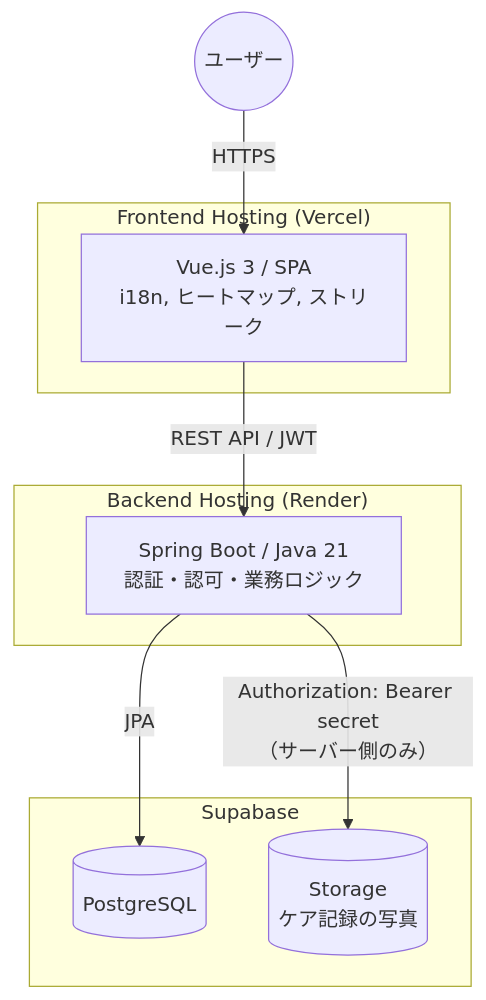
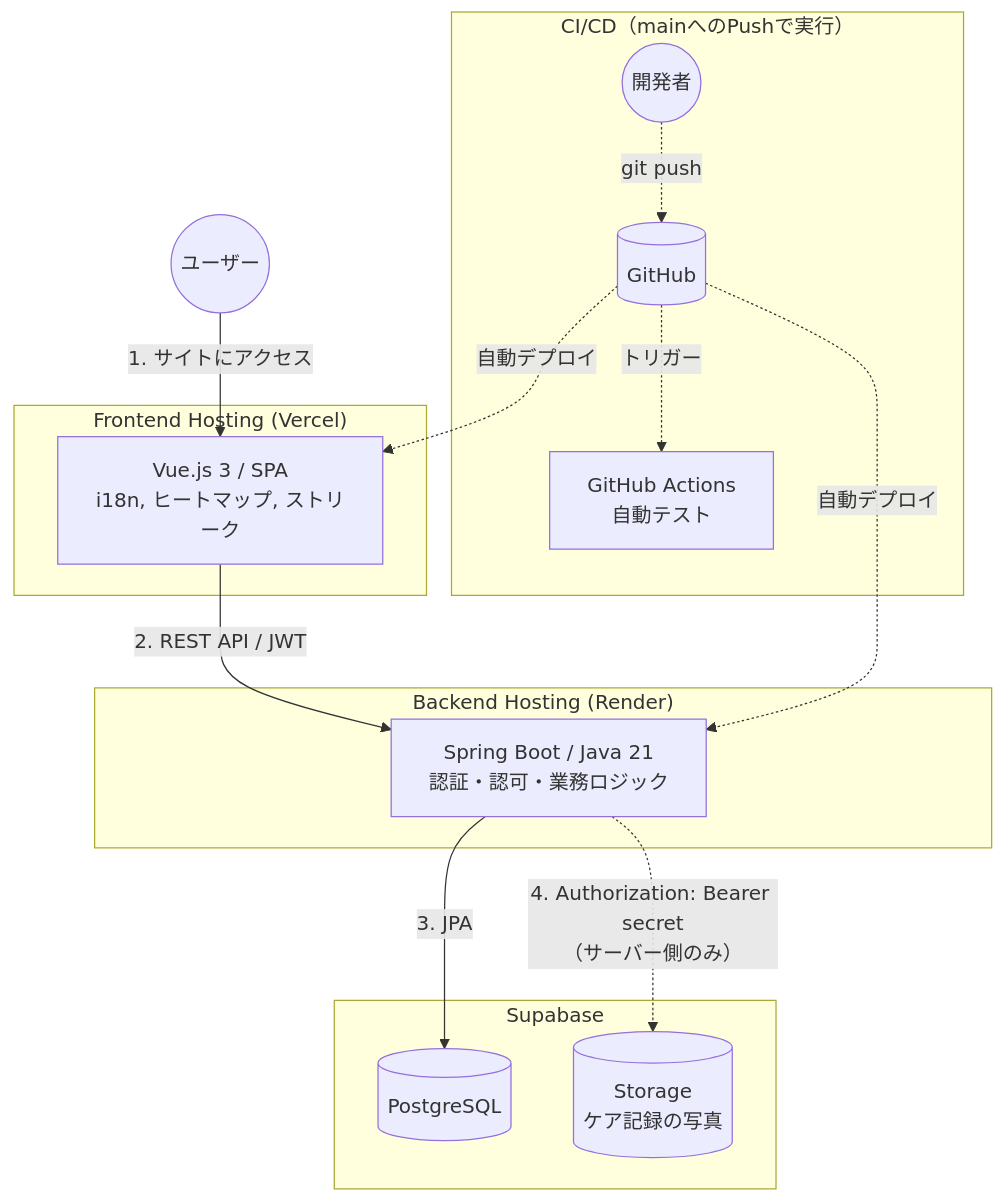
Before and after one commit to haku3782/garden-app: the diagram in README.ja.md, drawn with Mermaid. The commit also changed other lines of this file and 1 other file, not shown here.

Commit message:
READMEの実態不一致を修正し、システムアーキテクチャ図をdart-simと統一
Spring Bootのバージョン表記を3→4に修正（pom.xmlの実際値と一致）
ランタイムフローを主軸にし、CI/CDフローを従属的な点線サブグラフに整理

````diff
--- a/README.ja.md
+++ b/README.ja.md
@@ -63,22 +63,29 @@
 ```mermaid
 graph TD
     User((ユーザー))
 
     subgraph "Frontend Hosting (Vercel)"
         Vue[Vue.js 3 / SPA<br/>i18n, ヒートマップ, ストリーク]
     end
 
     subgraph "Backend Hosting (Render)"
         Spring[Spring Boot / Java 21<br/>認証・認可・業務ロジック]
     end
 
     subgraph "Supabase"
         DB[(PostgreSQL)]
         Storage[(Storage<br/>ケア記録の写真)]
     end
 
-    User -->|"HTTPS"| Vue
-    Vue -->|"REST API / JWT"| Spring
-    Spring -->|"JPA"| DB
-    Spring -->|"Authorization: Bearer secret<br/>（サーバー側のみ）"| Storage
+    User -->|"1. サイトにアクセス"| Vue
+    Vue -->|"2. REST API / JWT"| Spring
+    Spring -->|"3. JPA"| DB
+    Spring -.->|"4. Authorization: Bearer secret<br/>（サーバー側のみ）"| Storage
+
+    subgraph "CI/CD（mainへのPushで実行）"
+        Dev((開発者)) -.->|"git push"| Repo[(GitHub)]
+        Repo -.->|"トリガー"| Actions[GitHub Actions<br/>自動テスト]
+        Repo -.->|"自動デプロイ"| Vue
+        Repo -.->|"自動デプロイ"| Spring
+    end
 ```
````
